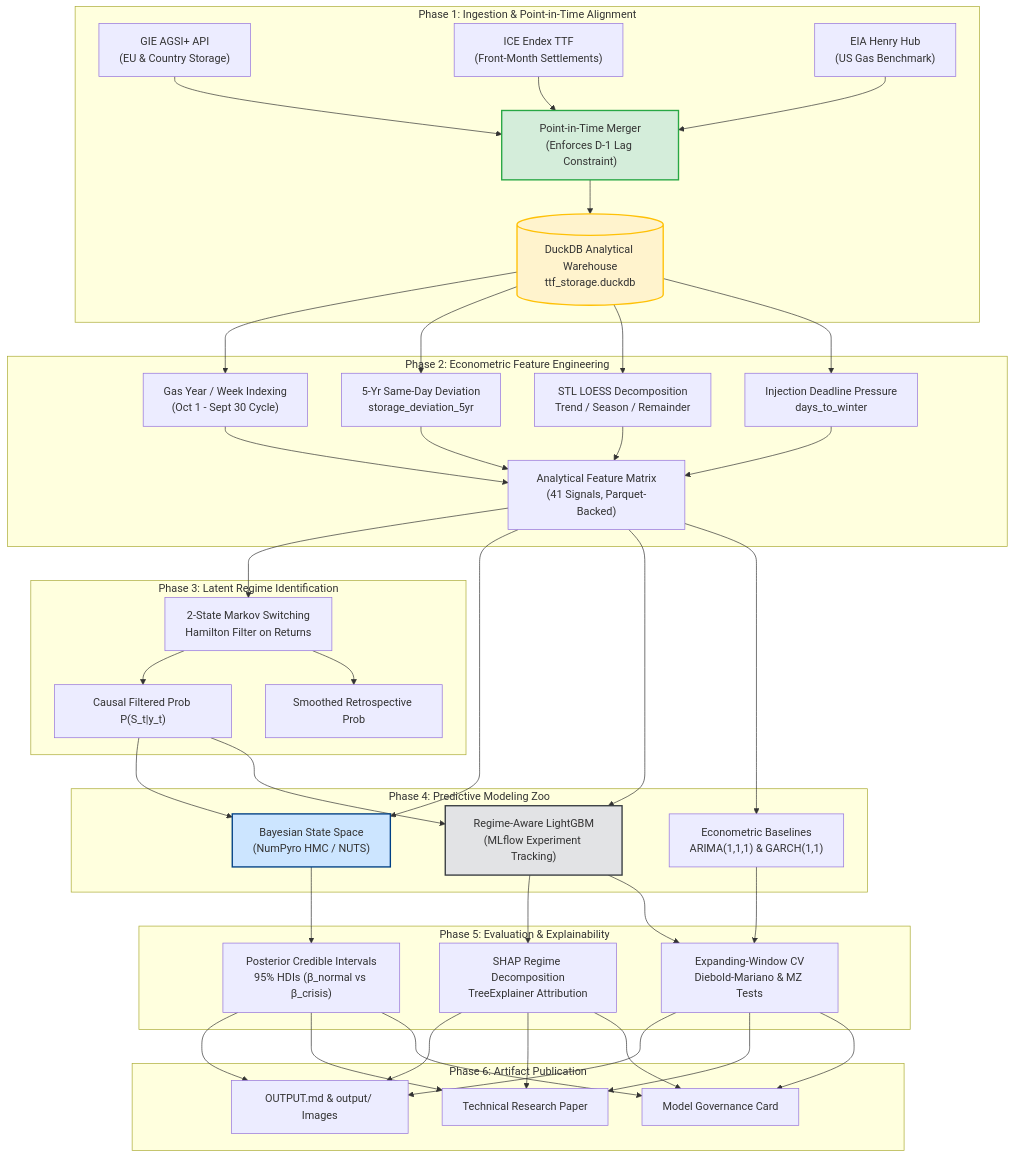
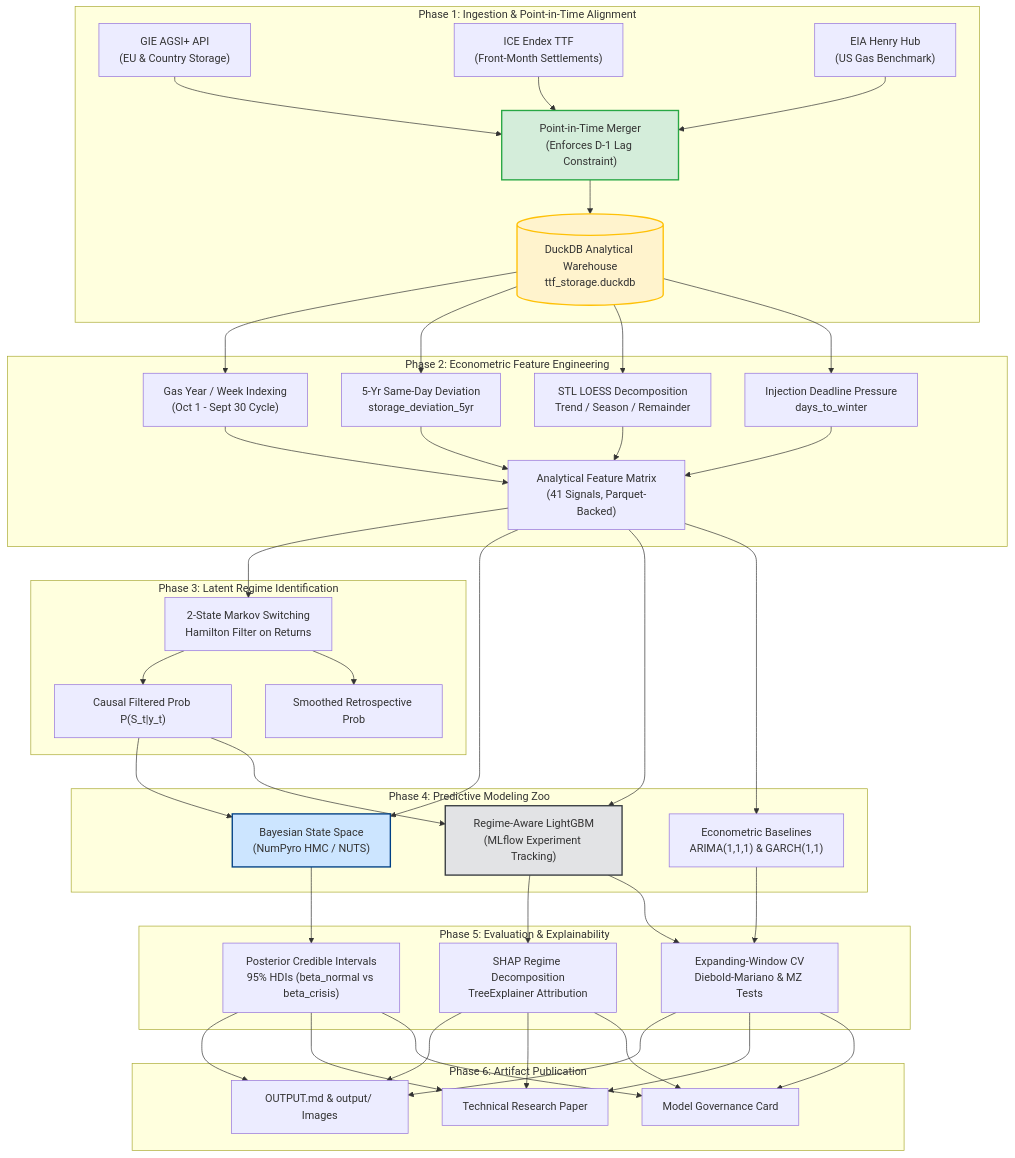
One commit to DGskywalker/tf-gas-storage-regimes changed the diagram in README.md. Above: the diagram before and after it, drawn with Mermaid. The commit also changed other lines of this file, not shown here.

````diff
--- a/README.md
+++ b/README.md
@@ -67,46 +67,46 @@
 ```mermaid
 graph TD
     subgraph "Phase 1: Ingestion & Point-in-Time Alignment"
         A1["GIE AGSI+ API<br/>(EU & Country Storage)"] --> B["Point-in-Time Merger<br/>(Enforces D-1 Lag Constraint)"]
         A2["ICE Endex TTF<br/>(Front-Month Settlements)"] --> B
         A3["EIA Henry Hub<br/>(US Gas Benchmark)"] --> B
         B --> C[("DuckDB Analytical Warehouse<br/>ttf_storage.duckdb")]
     end
 
     subgraph "Phase 2: Econometric Feature Engineering"
         C --> D1["Gas Year / Week Indexing<br/>(Oct 1 - Sept 30 Cycle)"]
         C --> D2["5-Yr Same-Day Deviation<br/>storage_deviation_5yr"]
         C --> D3["STL LOESS Decomposition<br/>Trend / Season / Remainder"]
         C --> D4["Injection Deadline Pressure<br/>days_to_winter"]
         D1 & D2 & D3 & D4 --> E["Analytical Feature Matrix<br/>(41 Signals, Parquet-Backed)"]
     end
 
     subgraph "Phase 3: Latent Regime Identification"
         E --> F["2-State Markov Switching<br/>Hamilton Filter on Returns"]
         F --> G1["Causal Filtered Prob P(S_t|y_t)"]
         F --> G2["Smoothed Retrospective Prob"]
     end
 
     subgraph "Phase 4: Predictive Modeling Zoo"
         E & G1 --> H1["Bayesian State Space<br/>(NumPyro HMC / NUTS)"]
         E & G1 --> H2["Regime-Aware LightGBM<br/>(MLflow Experiment Tracking)"]
         E --> H3["Econometric Baselines<br/>ARIMA(1,1,1) & GARCH(1,1)"]
     end
 
     subgraph "Phase 5: Evaluation & Explainability"
-        H1 --> I1["Posterior Credible Intervals<br/>95% HDIs (β_normal vs β_crisis)"]
+        H1 --> I1["Posterior Credible Intervals<br/>95% HDIs (beta_normal vs beta_crisis)"]
         H2 --> I2["SHAP Regime Decomposition<br/>TreeExplainer Attribution"]
         H3 & H2 --> I3["Expanding-Window CV<br/>Diebold-Mariano & MZ Tests"]
     end
 
     subgraph "Phase 6: Artifact Publication"
         I1 & I2 & I3 --> J1["OUTPUT.md & output/ Images"]
         I1 & I2 & I3 --> J2["Technical Research Paper"]
         I1 & I2 & I3 --> J3["Model Governance Card"]
     end
 
     style B fill:#d4edda,stroke:#28a745,stroke-width:2px
     style C fill:#fff3cd,stroke:#ffc107,stroke-width:2px
     style H1 fill:#cce5ff,stroke:#004085,stroke-width:2px
     style H2 fill:#e2e3e5,stroke:#383d41,stroke-width:2px
 ```
````
